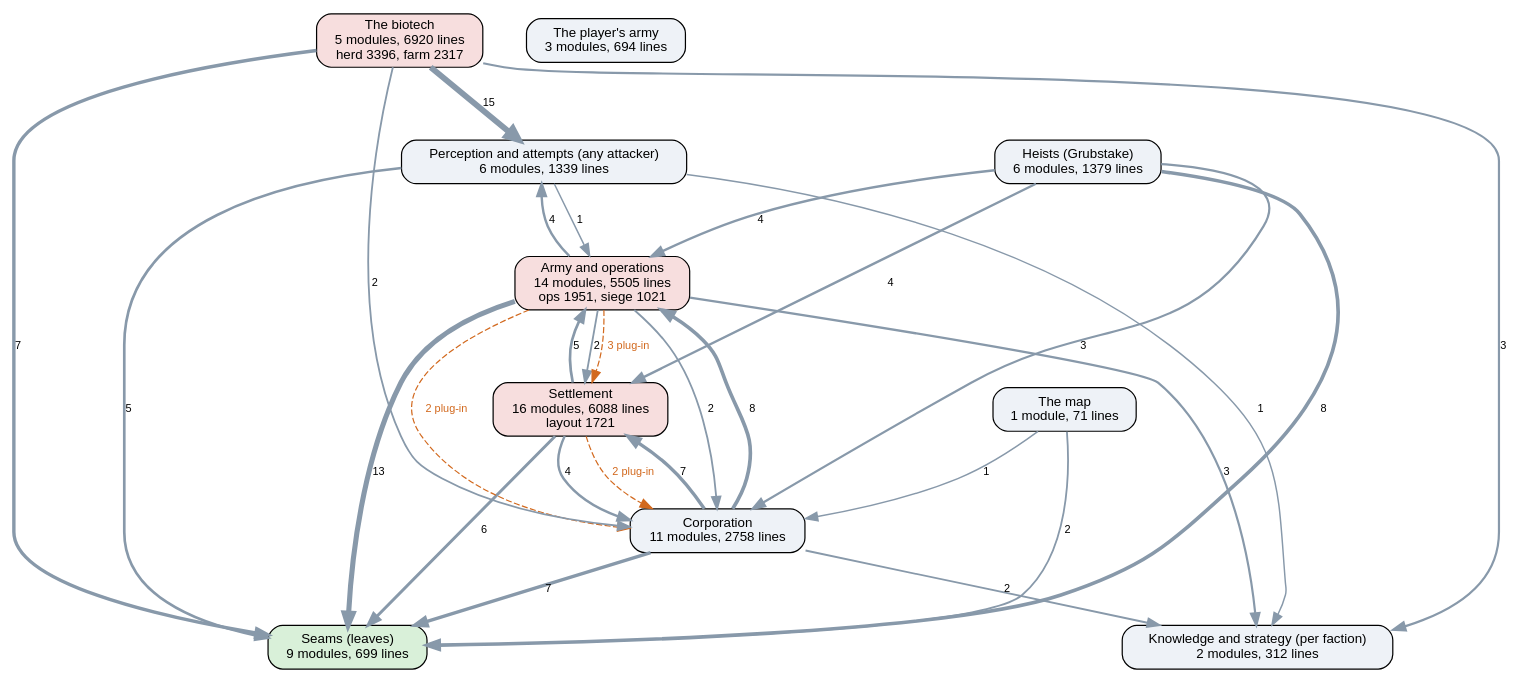
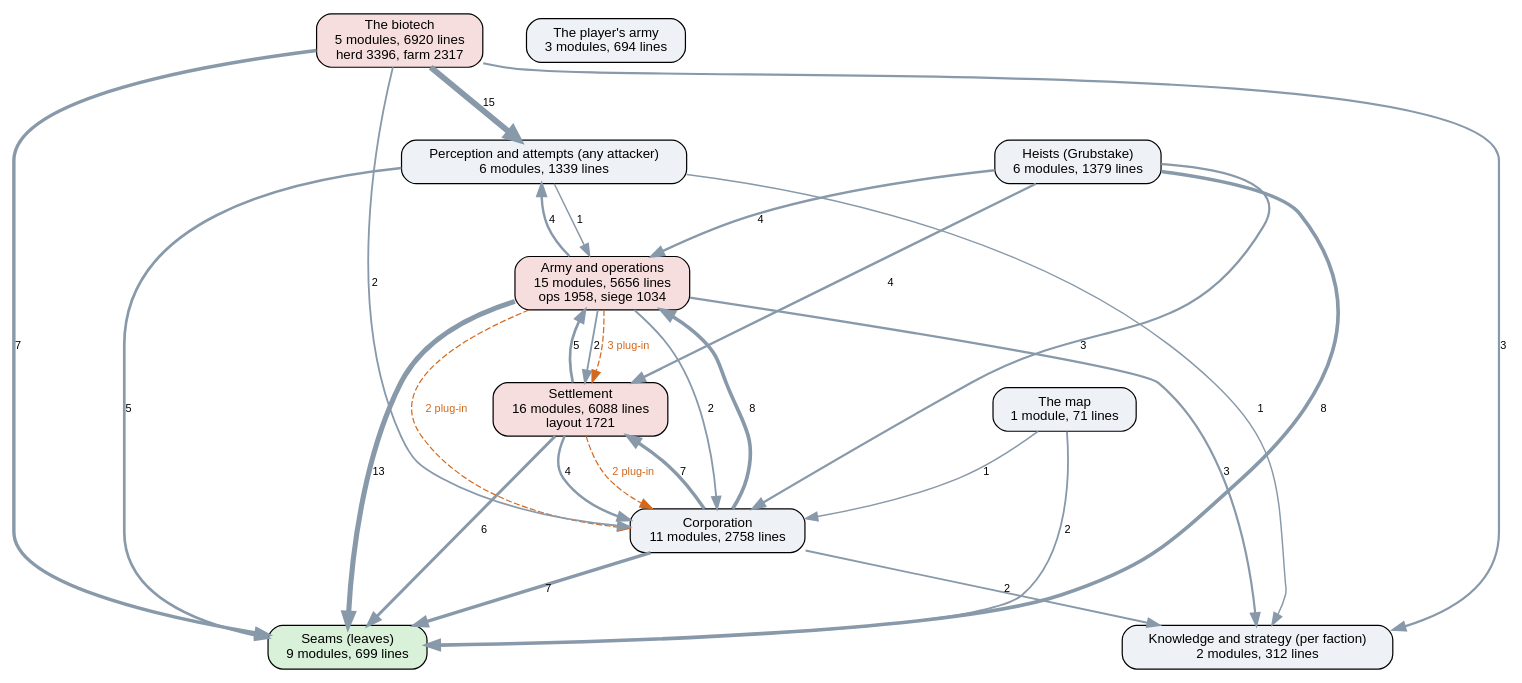
Before and after one commit to kinelhu/landing-party: the diagram in docs/ai-layers.dot, drawn with Graphviz. The commit also changed 16 other files, not shown here.

```diff
--- a/docs/ai-layers.dot
+++ b/docs/ai-layers.dot
@@ -1,43 +1,43 @@
 digraph layers {
   graph [rankdir=TB, fontname="Helvetica", nodesep=0.5, ranksep=0.7];
   node [shape=box, style="rounded,filled", fontname="Helvetica", fontsize=11, fillcolor="#eef2f7"];
   edge [color="#8899aa", fontname="Helvetica", fontsize=9];
   "Seams (leaves)" [label="Seams (leaves)\n9 modules, 699 lines", fillcolor="#d9f0d9"];
   "Perception and attempts (any attacker)" [label="Perception and attempts (any attacker)\n6 modules, 1339 lines", fillcolor="#eef2f7"];
   "Knowledge and strategy (per faction)" [label="Knowledge and strategy (per faction)\n2 modules, 312 lines", fillcolor="#eef2f7"];
   "Corporation" [label="Corporation\n11 modules, 2758 lines", fillcolor="#eef2f7"];
   "Settlement" [label="Settlement\n16 modules, 6088 lines\nlayout 1721", fillcolor="#f7dede"];
-  "Army and operations" [label="Army and operations\n14 modules, 5505 lines\nops 1951, siege 1021", fillcolor="#f7dede"];
+  "Army and operations" [label="Army and operations\n15 modules, 5656 lines\nops 1958, siege 1034", fillcolor="#f7dede"];
   "Heists (Grubstake)" [label="Heists (Grubstake)\n6 modules, 1379 lines", fillcolor="#eef2f7"];
   "The biotech" [label="The biotech\n5 modules, 6920 lines\nherd 3396, farm 2317", fillcolor="#f7dede"];
   "The map" [label="The map\n1 module, 71 lines", fillcolor="#eef2f7"];
   "The player's army" [label="The player's army\n3 modules, 694 lines", fillcolor="#eef2f7"];
   "Army and operations" -> "Corporation" [label="2", penwidth=1.5];
   "Army and operations" -> "Knowledge and strategy (per faction)" [label="3", penwidth=1.8];
   "Army and operations" -> "Perception and attempts (any attacker)" [label="4", penwidth=2.0];
   "Army and operations" -> "Seams (leaves)" [label="13", penwidth=4.2];
   "Army and operations" -> "Settlement" [label="2", penwidth=1.5];
   "Corporation" -> "Army and operations" [label="8", penwidth=3.0];
   "Corporation" -> "Knowledge and strategy (per faction)" [label="2", penwidth=1.5];
   "Corporation" -> "Seams (leaves)" [label="7", penwidth=2.8];
   "Corporation" -> "Settlement" [label="7", penwidth=2.8];
   "Heists (Grubstake)" -> "Army and operations" [label="4", penwidth=2.0];
   "Heists (Grubstake)" -> "Corporation" [label="3", penwidth=1.8];
   "Heists (Grubstake)" -> "Seams (leaves)" [label="8", penwidth=3.0];
   "Heists (Grubstake)" -> "Settlement" [label="4", penwidth=2.0];
   "Perception and attempts (any attacker)" -> "Army and operations" [label="1", penwidth=1.2];
   "Perception and attempts (any attacker)" -> "Knowledge and strategy (per faction)" [label="1", penwidth=1.2];
   "Perception and attempts (any attacker)" -> "Seams (leaves)" [label="5", penwidth=2.2];
   "Settlement" -> "Army and operations" [label="5", penwidth=2.2];
   "Settlement" -> "Corporation" [label="4", penwidth=2.0];
   "Settlement" -> "Seams (leaves)" [label="6", penwidth=2.5];
   "The biotech" -> "Corporation" [label="2", penwidth=1.5];
   "The biotech" -> "Knowledge and strategy (per faction)" [label="3", penwidth=1.8];
   "The biotech" -> "Perception and attempts (any attacker)" [label="15", penwidth=4.8];
   "The biotech" -> "Seams (leaves)" [label="7", penwidth=2.8];
   "The map" -> "Corporation" [label="1", penwidth=1.2];
   "The map" -> "Seams (leaves)" [label="2", penwidth=1.5];
   "Army and operations" -> "Corporation" [style=dashed, color="#d2691e", fontcolor="#d2691e", label="2 plug-in"];
   "Army and operations" -> "Settlement" [style=dashed, color="#d2691e", fontcolor="#d2691e", label="3 plug-in"];
   "Settlement" -> "Corporation" [style=dashed, color="#d2691e", fontcolor="#d2691e", label="2 plug-in"];
 }
```
